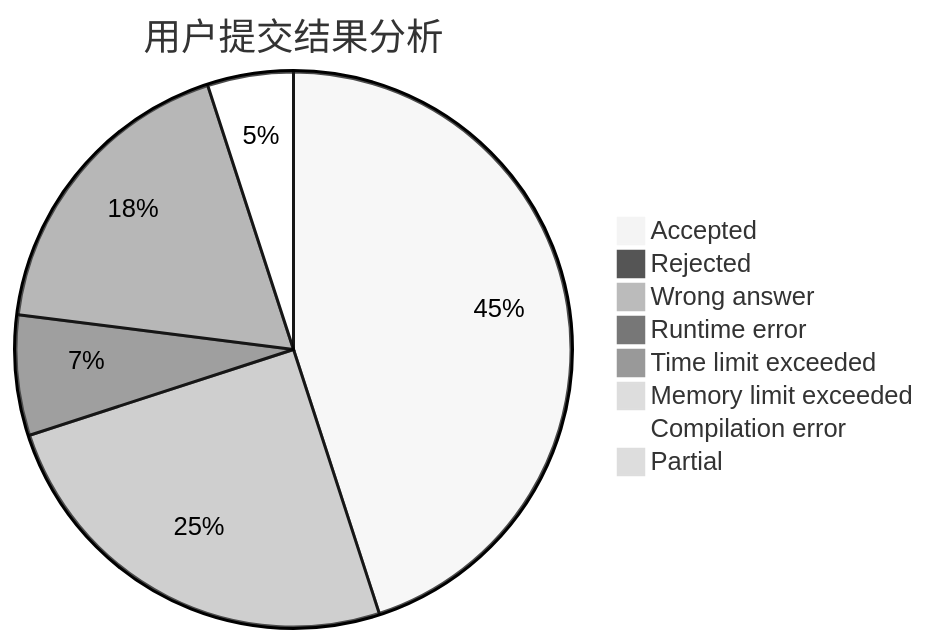
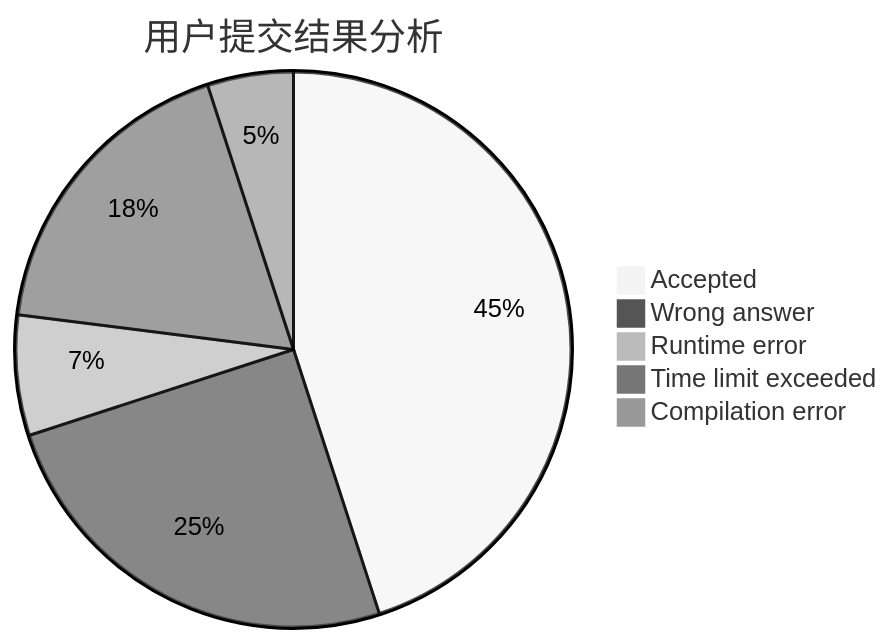
Before and after one commit to sherpahu/cfrs.github.io: the first of 3 diagrams in docs/user/u1850.md, drawn with Mermaid (neutral theme). The commit also changed 2770 other files, not shown here.

````diff
--- a/docs/user/u1850.md
+++ b/docs/user/u1850.md
@@ -5,11 +5,8 @@
 ```mermaid
 pie title 用户提交结果分析
     "Accepted" :  45
-    "Rejected" :  0
     "Wrong answer" :  25
     "Runtime error" :  7
     "Time limit exceeded" :  18
-    "Memory limit exceeded" :  0
     "Compilation error" :  5
-    "Partial" :  0
 ```
````
